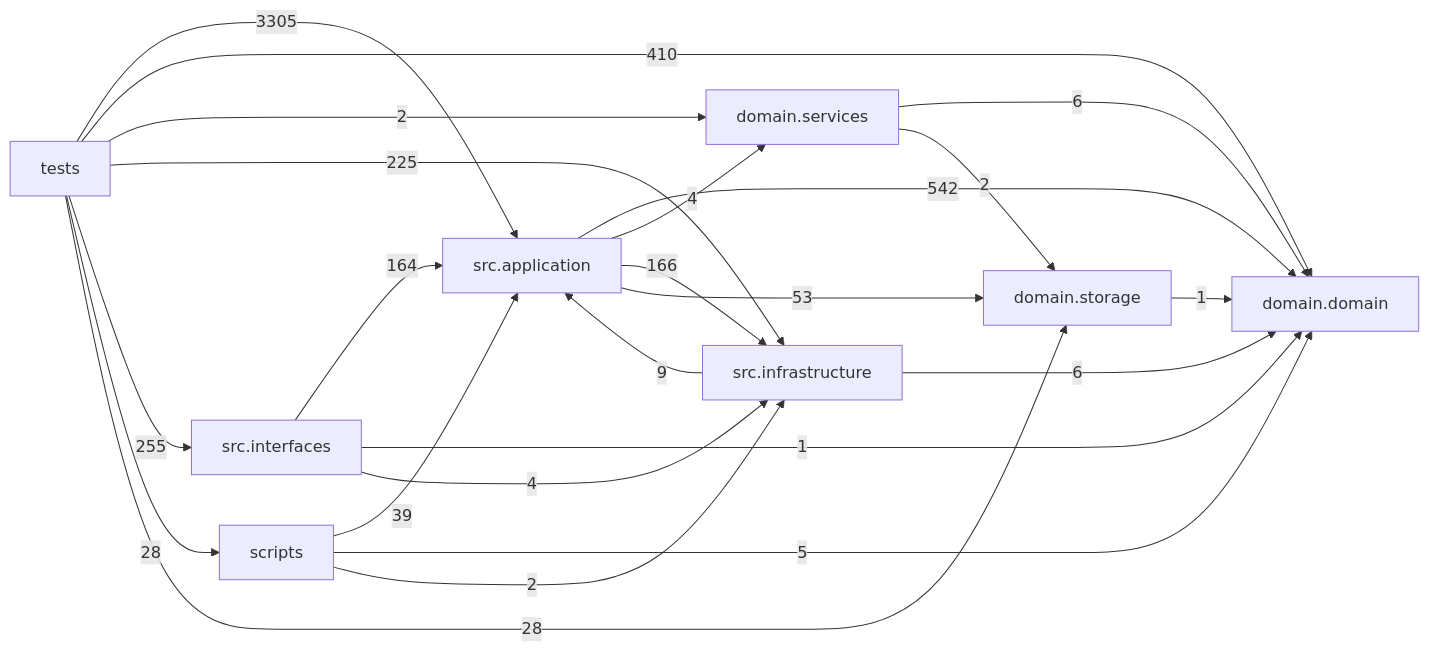
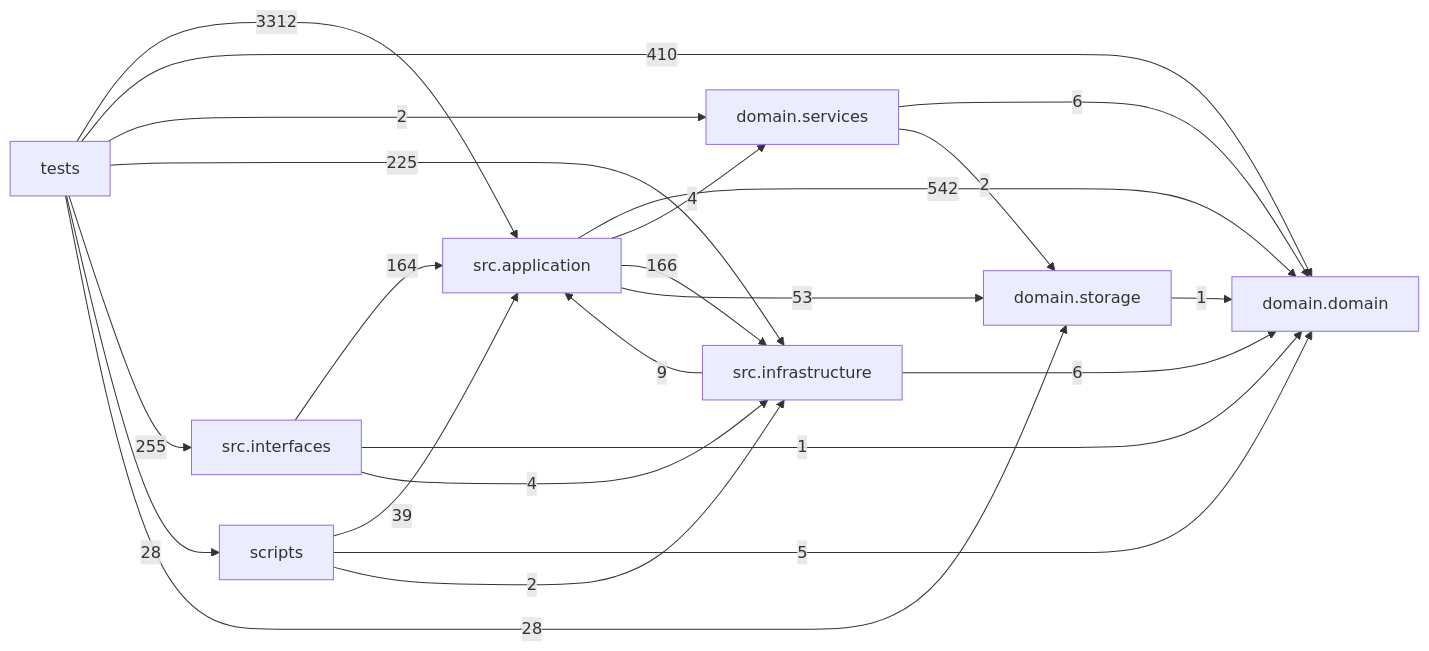
Before and after one commit to liuxie066/options-monitor: the diagram in docs/DEPENDENCY_GRAPH.md, drawn with Mermaid. The commit also changed other lines of this file and 21 other files, not shown here.

````diff
--- a/docs/DEPENDENCY_GRAPH.md
+++ b/docs/DEPENDENCY_GRAPH.md
@@ -24,33 +24,33 @@
 ```mermaid
 flowchart LR
   tests["tests"]
   scripts["scripts"]
   interfaces["src.interfaces"]
   application["src.application"]
   infrastructure["src.infrastructure"]
   domain_services["domain.services"]
   domain["domain.domain"]
   storage["domain.storage"]
   application -->|542| domain
   application -->|4| domain_services
   application -->|166| infrastructure
   application -->|53| storage
   domain_services -->|6| domain
   domain_services -->|2| storage
   infrastructure -->|9| application
   infrastructure -->|6| domain
   interfaces -->|164| application
   interfaces -->|1| domain
   interfaces -->|4| infrastructure
   scripts -->|39| application
   scripts -->|5| domain
   scripts -->|2| infrastructure
   storage -->|1| domain
-  tests -->|3305| application
+  tests -->|3312| application
   tests -->|410| domain
   tests -->|2| domain_services
   tests -->|225| infrastructure
   tests -->|255| interfaces
   tests -->|28| scripts
   tests -->|28| storage
 ```
````
